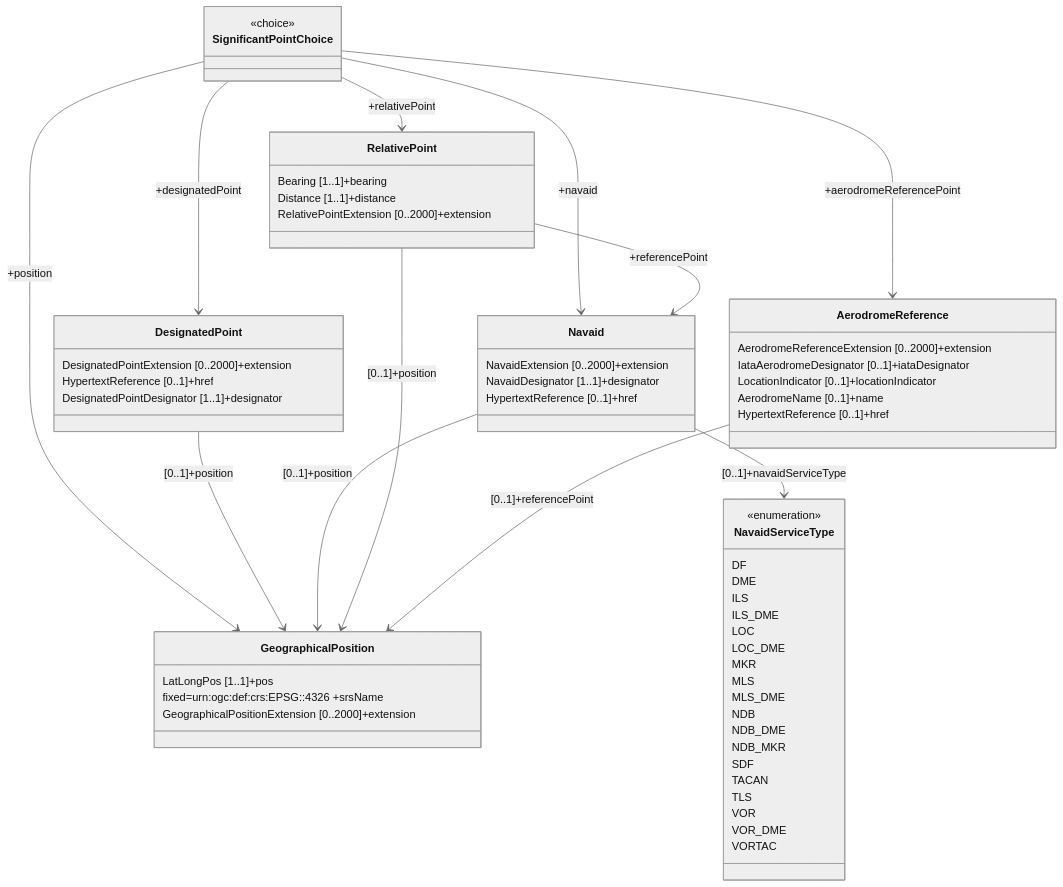
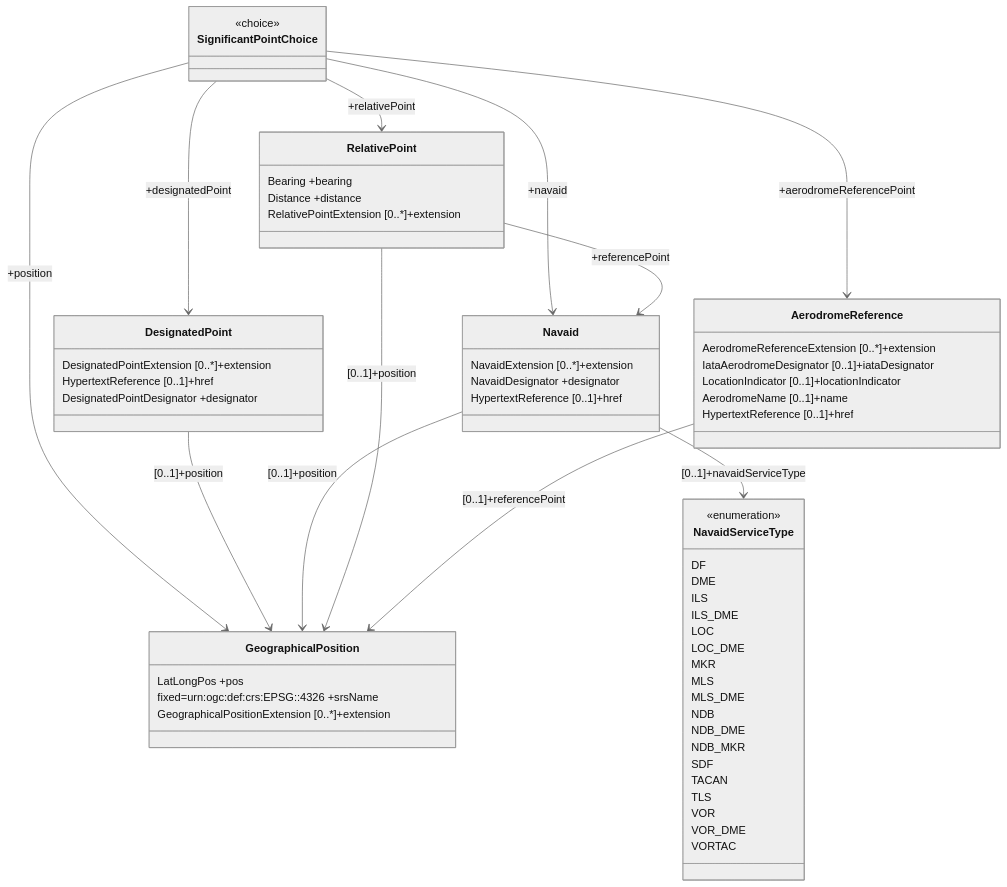
The third of 3 diagrams in docs/fixm/FIXM_UML_in_mermaid.md (du-lapin/test_docsify), drawn with Mermaid (neutral theme) before and after one commit. The commit also changed other lines of this file, not shown here.

````diff
--- a/docs/fixm/FIXM_UML_in_mermaid.md
+++ b/docs/fixm/FIXM_UML_in_mermaid.md
@@ -59,71 +59,71 @@
 ```mermaid
 classDiagram
 class SignificantPointChoice
 <<choice>> SignificantPointChoice
-%% SignificantPointChoice : AerodromeReference [1..1]+aerodromeReferencePoint
-%% SignificantPointChoice : DesignatedPoint [1..1]+designatedPoint
-%% SignificantPointChoice : Navaid [1..1]+navaid
-%% SignificantPointChoice : GeographicalPosition [1..1]+position
-%% SignificantPointChoice : RelativePoint [1..1]+relativePoint
+%% SignificantPointChoice : AerodromeReference +aerodromeReferencePoint
+%% SignificantPointChoice : DesignatedPoint +designatedPoint
+%% SignificantPointChoice : Navaid +navaid
+%% SignificantPointChoice : GeographicalPosition +position
+%% SignificantPointChoice : RelativePoint +relativePoint
 class AerodromeReference
-AerodromeReference : AerodromeReferenceExtension [0..2000]+extension
+AerodromeReference : AerodromeReferenceExtension [0..*]+extension
 AerodromeReference : IataAerodromeDesignator [0..1]+iataDesignator
 AerodromeReference : LocationIndicator [0..1]+locationIndicator
 AerodromeReference : AerodromeName [0..1]+name
 %% AerodromeReference : GeographicalPosition [0..1]+referencePoint
 AerodromeReference : HypertextReference [0..1]+href
 class DesignatedPoint
-DesignatedPoint : DesignatedPointExtension [0..2000]+extension
+DesignatedPoint : DesignatedPointExtension [0..*]+extension
 DesignatedPoint : HypertextReference [0..1]+href
-DesignatedPoint : DesignatedPointDesignator [1..1]+designator
+DesignatedPoint : DesignatedPointDesignator +designator
 %% DesignatedPoint : GeographicalPosition [0..1]+position
 class Navaid
-Navaid : NavaidExtension [0..2000]+extension
-Navaid : NavaidDesignator [1..1]+designator
+Navaid : NavaidExtension [0..*]+extension
+Navaid : NavaidDesignator +designator
 Navaid : HypertextReference [0..1]+href
 %% Navaid : NavaidServiceType [0..1]+navaidServiceType
 %% NavaidType : GeographicalPosition [0..1]+position
 class RelativePoint
-RelativePoint : Bearing [1..1]+bearing
-RelativePoint : Distance [1..1]+distance
-RelativePoint : RelativePointExtension [0..2000]+extension
+RelativePoint : Bearing +bearing
+RelativePoint : Distance +distance
+RelativePoint : RelativePointExtension [0..*]+extension
 %% RelativePoint : GeographicalPosition [0..1]+position
-%% RelativePoint : Navaid [1..1]+referencePoint
+%% RelativePoint : Navaid +referencePoint
 class GeographicalPosition
-GeographicalPosition : LatLongPos [1..1]+pos
+GeographicalPosition : LatLongPos +pos
 GeographicalPosition : fixed#61;urn#58;ogc#58;def#58;crs#58;EPSG#58;#58;4326 +srsName
-GeographicalPosition : GeographicalPositionExtension [0..2000]+extension
+GeographicalPosition : GeographicalPositionExtension [0..*]+extension
 class NavaidServiceType{
 <<enumeration>>
 DF
 DME
 ILS
 ILS_DME
 LOC
 LOC_DME
 MKR
 MLS
 MLS_DME
 NDB
 NDB_DME
 NDB_MKR
 SDF
 TACAN
 TLS
 VOR
 VOR_DME
 VORTAC
 }
 SignificantPointChoice --> AerodromeReference : +aerodromeReferencePoint
 SignificantPointChoice --> DesignatedPoint : +designatedPoint
 SignificantPointChoice --> Navaid : +navaid
 SignificantPointChoice --> GeographicalPosition : +position
 SignificantPointChoice --> RelativePoint : +relativePoint
 DesignatedPoint --> GeographicalPosition : [0..1]+position
 Navaid --> GeographicalPosition : [0..1]+position
 Navaid --> NavaidServiceType : [0..1]+navaidServiceType
 RelativePoint --> GeographicalPosition : [0..1]+position
 RelativePoint --> Navaid : +referencePoint
 AerodromeReference --> GeographicalPosition : [0..1]+referencePoint
 link DesignatedPoint "https://fixm.aero/releases/FIXM-4.2.0/doc/schema_documentation/Fixm_DesignatedPointType.html" "Go to XML definition"
 ```
````
